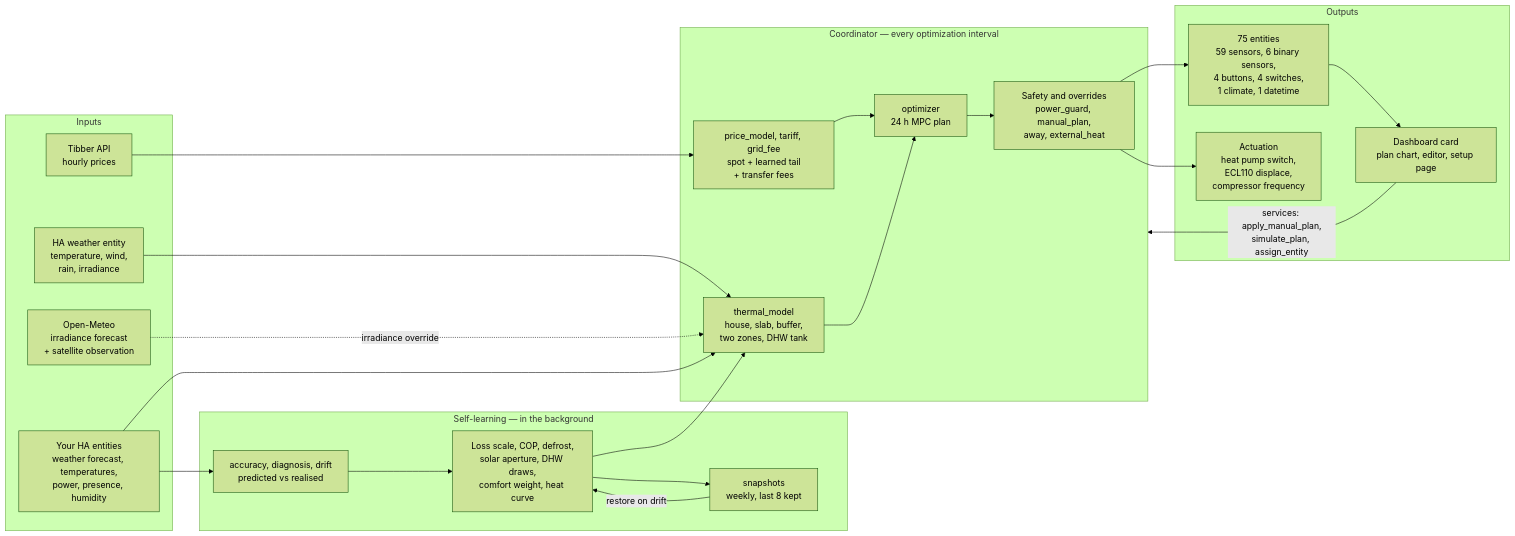
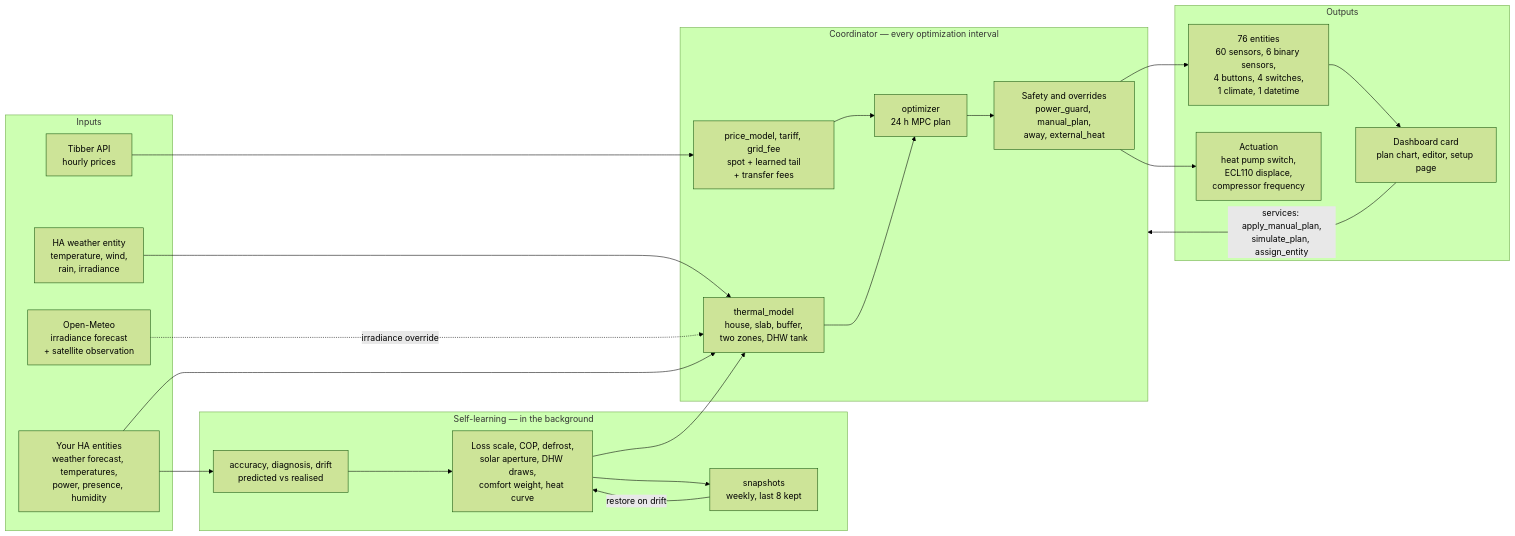
One commit to tvofi/heatpump_optimizer changed the diagram in docs/architecture.md. Above: the diagram before and after it, drawn with Mermaid (forest theme). The commit also changed other lines of this file and 5 other files, not shown here.

````diff
--- a/docs/architecture.md
+++ b/docs/architecture.md
@@ -14,45 +14,45 @@
 ```mermaid
 flowchart LR
     subgraph inputs["Inputs"]
         tibber["Tibber API<br/>hourly prices"]
         weather["HA weather entity<br/>temperature, wind,<br/>rain, irradiance"]
         meteo["Open-Meteo<br/>irradiance forecast<br/>+ satellite observation"]
         ha["Your HA entities<br/>weather forecast, temperatures,<br/>power, presence, humidity"]
     end
 
     subgraph brain["Coordinator — every optimization interval"]
         pm["price_model, tariff, grid_fee<br/>spot + learned tail<br/>+ transfer fees"]
         tm["thermal_model<br/>house, slab, buffer,<br/>two zones, DHW tank"]
         opt["optimizer<br/>24 h MPC plan"]
         guard["Safety and overrides<br/>power_guard, manual_plan,<br/>away, external_heat"]
     end
 
     subgraph learn["Self-learning — in the background"]
         acc["accuracy, diagnosis, drift<br/>predicted vs realised"]
         learners["Loss scale, COP, defrost,<br/>solar aperture, DHW draws,<br/>comfort weight, heat curve"]
         snap["snapshots<br/>weekly, last 8 kept"]
     end
 
     subgraph out["Outputs"]
-        ent["75 entities<br/>59 sensors, 6 binary sensors,<br/>4 buttons, 4 switches,<br/>1 climate, 1 datetime"]
+        ent["76 entities<br/>60 sensors, 6 binary sensors,<br/>4 buttons, 4 switches,<br/>1 climate, 1 datetime"]
         card["Dashboard card<br/>plan chart, editor, setup page"]
         ctl["Actuation<br/>heat pump switch,<br/>ECL110 displace,<br/>compressor frequency"]
     end
 
     tibber --> pm
     weather --> tm
     meteo -. "irradiance override" .-> tm
     ha --> tm
     ha --> acc
     pm --> opt
     tm --> opt
     opt --> guard
     guard --> ent
     guard --> ctl
     ent --> card
     card -- "services: apply_manual_plan,<br/>simulate_plan, assign_entity" --> brain
     acc --> learners
     learners --> tm
     learners --> snap
     snap -- "restore on drift" --> learners
 ```
````
